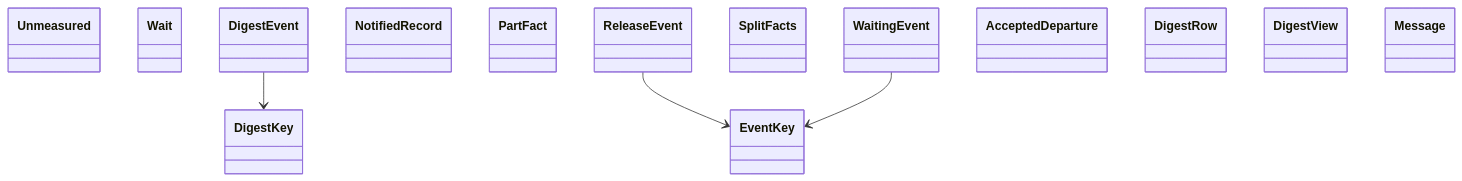
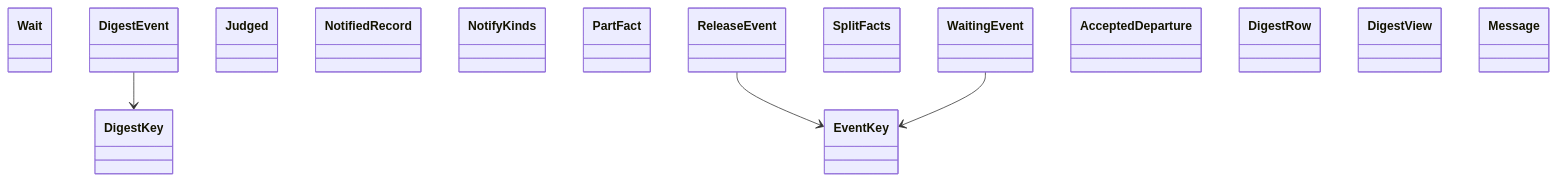
The diagram in docs/architecture/generated/classes-process-domain-machine-2.md (GonzaloZevallos/agentic-system), drawn with Mermaid before and after one commit. The commit also changed 4 other files, not shown here.

Commit message:
Regenerate the class diagrams for the new notify domain types

````diff
--- a/docs/architecture/generated/classes-process-domain-machine-2.md
+++ b/docs/architecture/generated/classes-process-domain-machine-2.md
@@ -34,20 +34,21 @@
 ```mermaid
 classDiagram
-    class github_budget__Unmeasured["Unmeasured"]
     class github_budget__Wait["Wait"]
     class notify__DigestEvent["DigestEvent"]
     class notify__DigestKey["DigestKey"]
     class notify__EventKey["EventKey"]
+    class notify__Judged["Judged"]
     class notify__NotifiedRecord["NotifiedRecord"]
+    class notify__NotifyKinds["NotifyKinds"]
     class notify__PartFact["PartFact"]
     class notify__ReleaseEvent["ReleaseEvent"]
     class notify__SplitFacts["SplitFacts"]
     class notify__WaitingEvent["WaitingEvent"]
     class notify_message__AcceptedDeparture["AcceptedDeparture"]
     class notify_message__DigestRow["DigestRow"]
     class notify_message__DigestView["DigestView"]
     class notify_message__Message["Message"]
     notify__DigestEvent --> notify__DigestKey
     notify__ReleaseEvent --> notify__EventKey
     notify__WaitingEvent --> notify__EventKey
 ```
````
